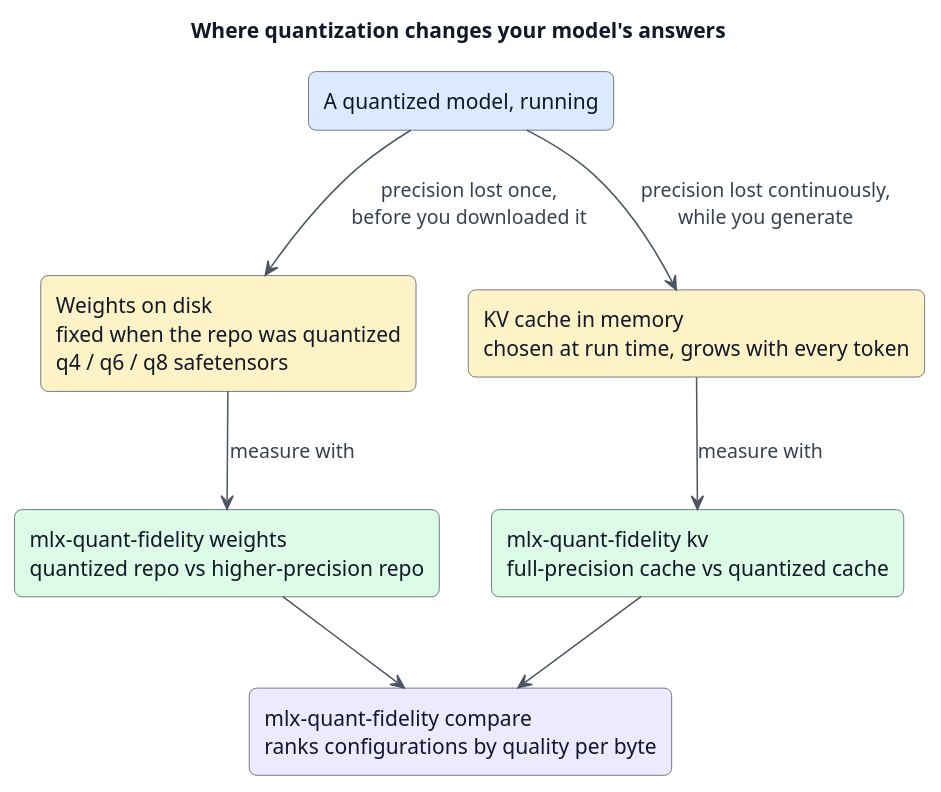
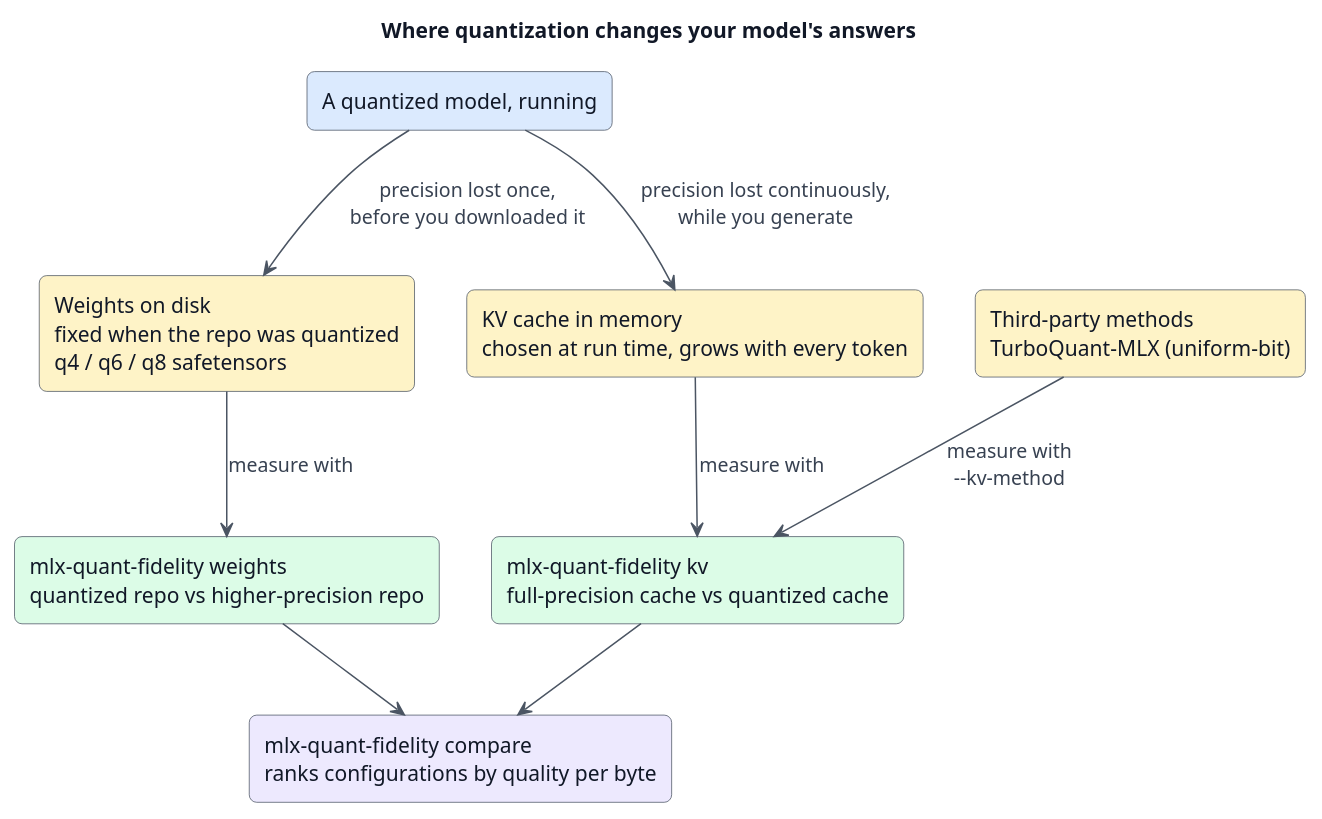
Before and after one commit to IonDen/mlx-quant-fidelity: the diagram in docs/assets/diagrams/coverage-map.puml, drawn with PlantUML. The commit also changed 33 other files, not shown here.

First line of the commit message:
v0.6.0: pluggable KV-cache methods, TurboQuant-MLX measured (#17)

```diff
--- a/docs/assets/diagrams/coverage-map.puml
+++ b/docs/assets/diagrams/coverage-map.puml
@@ -1,36 +1,38 @@
 @startuml
 title Where quantization changes your model's answers
 
 top to bottom direction
 
 skinparam backgroundColor #FFFFFF
 skinparam shadowing false
 skinparam roundCorner 10
 skinparam defaultFontName Helvetica
 skinparam defaultFontColor #111827
 skinparam ArrowColor #4B5563
 skinparam ArrowFontColor #374151
 skinparam rectangle {
   BorderColor #4B5563
   FontColor #111827
   BackgroundColor #F8FAFC
 }
 
 rectangle "A quantized model, running" as model #DBEAFE
 
 rectangle "Weights on disk\nfixed when the repo was quantized\nq4 / q6 / q8 safetensors" as weights #FEF3C7
 rectangle "KV cache in memory\nchosen at run time, grows with every token" as kv #FEF3C7
+rectangle "Third-party methods\nTurboQuant-MLX (uniform-bit)" as tpm #FEF3C7
 
 rectangle "mlx-quant-fidelity weights\nquantized repo vs higher-precision repo" as cmdw #DCFCE7
 rectangle "mlx-quant-fidelity kv\nfull-precision cache vs quantized cache" as cmdk #DCFCE7
 rectangle "mlx-quant-fidelity compare\nranks configurations by quality per byte" as cmdc #EDE9FE
 
 model -down-> weights : precision lost once,\nbefore you downloaded it
 model -down-> kv : precision lost continuously,\nwhile you generate
 
 weights -down-> cmdw : measure with
 kv -down-> cmdk : measure with
+tpm -down-> cmdk : measure with\n--kv-method
 
 cmdw -down-> cmdc
 cmdk -down-> cmdc
 @enduml
```
